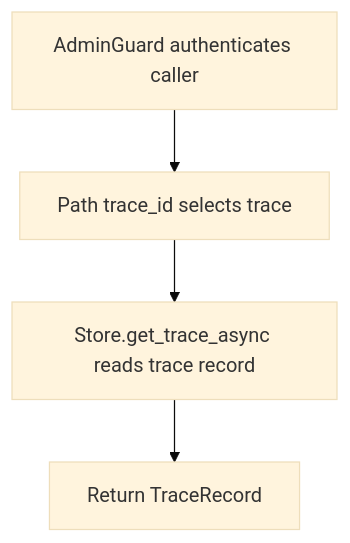
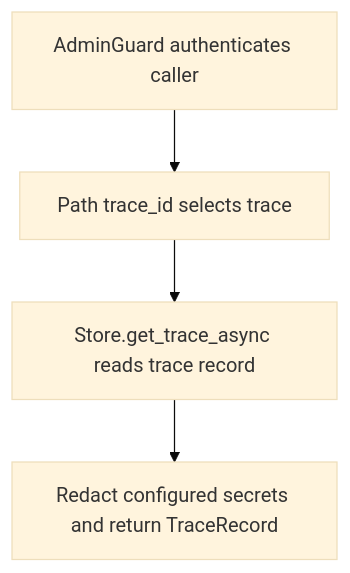
The diagram in doc/api/get_v1_debug_traces_trace_id.md (dickwu/nowledge), drawn with Mermaid (base theme) before and after one commit. The commit also changed other lines of this file and 46 other files, not shown here.

````diff
--- a/doc/api/get_v1_debug_traces_trace_id.md
+++ b/doc/api/get_v1_debug_traces_trace_id.md
@@ -35,10 +37,10 @@
 ```mermaid
 flowchart TD
   n0["AdminGuard authenticates caller"]
   n1["Path trace_id selects trace"]
   n2["Store.get_trace_async reads trace record"]
-  n3["Return TraceRecord"]
+  n3["Redact configured secrets and return TraceRecord"]
   n0 --> n1
   n1 --> n2
   n2 --> n3
 ```
````
